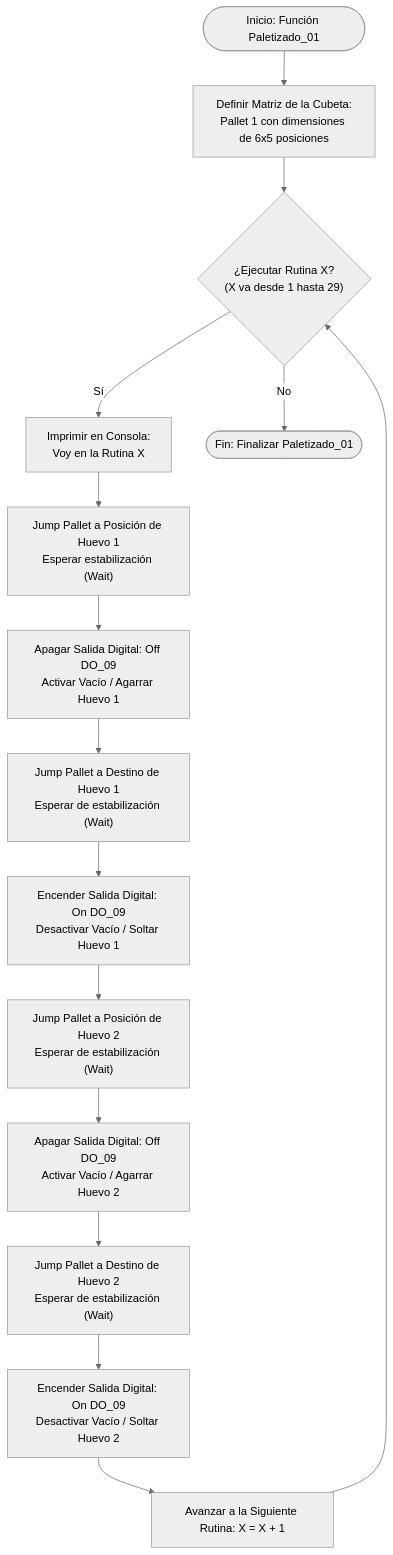
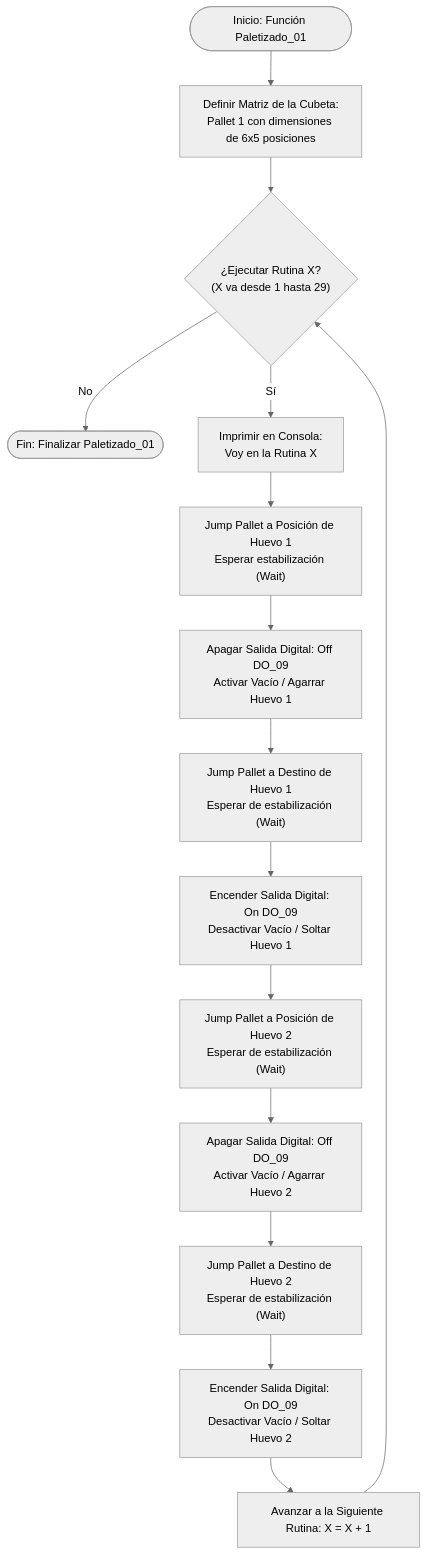
The second of 2 diagrams in Laboratorio No. 03 - Robótica Industrial EPSON T3 401S y EPSON RC+/README.MD (labsir-un/Robotica-2026-I-Equipo-3C-Moreno-Ramos), drawn with Mermaid (neutral theme) before and after one commit. The commit also changed other lines of this file, not shown here.

````diff
--- a/Laboratorio No. 03 - Robótica Industrial EPSON T3 401S y EPSON RC+/README.MD
+++ b/Laboratorio No. 03 - Robótica Industrial EPSON T3 401S y EPSON RC+/README.MD
@@ -222,26 +222,26 @@
 ```mermaid
 flowchart TD
     Start([Inicio: Función Paletizado_01]) --> DefPallet["Definir Matriz de la Cubeta:<br>Pallet 1 con dimensiones de 6x5 posiciones"]
     
     DefPallet --> RoutineLoop{"¿Ejecutar Rutina X?<br>(X va desde 1 hasta 29)"}
-    
+    RoutineLoop -- No --> EndRoutine([Fin: Finalizar Paletizado_01])
     RoutineLoop -- Sí --> PrintMsg["Imprimir en Consola:<br>Voy en la Rutina X"]
     
     PrintMsg --> PickH1["Jump Pallet a Posición de Huevo 1<br>Esperar estabilización (Wait)"]
     PickH1 --> GrabH1["Apagar Salida Digital: Off DO_09<br>Activar Vacío / Agarrar Huevo 1"]
     
     GrabH1 --> DropH1["Jump Pallet a Destino de Huevo 1<br>Esperar de estabilización (Wait)"]
     DropH1 --> ReleaseH1["Encender Salida Digital: On DO_09<br>Desactivar Vacío / Soltar Huevo 1"]
     
     ReleaseH1 --> PickH2["Jump Pallet a Posición de Huevo 2<br>Esperar de estabilización (Wait)"]
     PickH2 --> GrabH2["Apagar Salida Digital: Off DO_09<br>Activar Vacío / Agarrar Huevo 2"]
     
     GrabH2 --> DropH2["Jump Pallet a Destino de Huevo 2<br>Esperar de estabilización (Wait)"]
     DropH2 --> ReleaseH2["Encender Salida Digital: On DO_09<br>Desactivar Vacío / Soltar Huevo 2"]
     
     ReleaseH2 --> NextRoutine["Avanzar a la Siguiente Rutina: X = X + 1"]
     NextRoutine --> RoutineLoop
     
-    RoutineLoop -- No --> EndRoutine([Fin: Finalizar Paletizado_01])
+    
 
 ```
````
